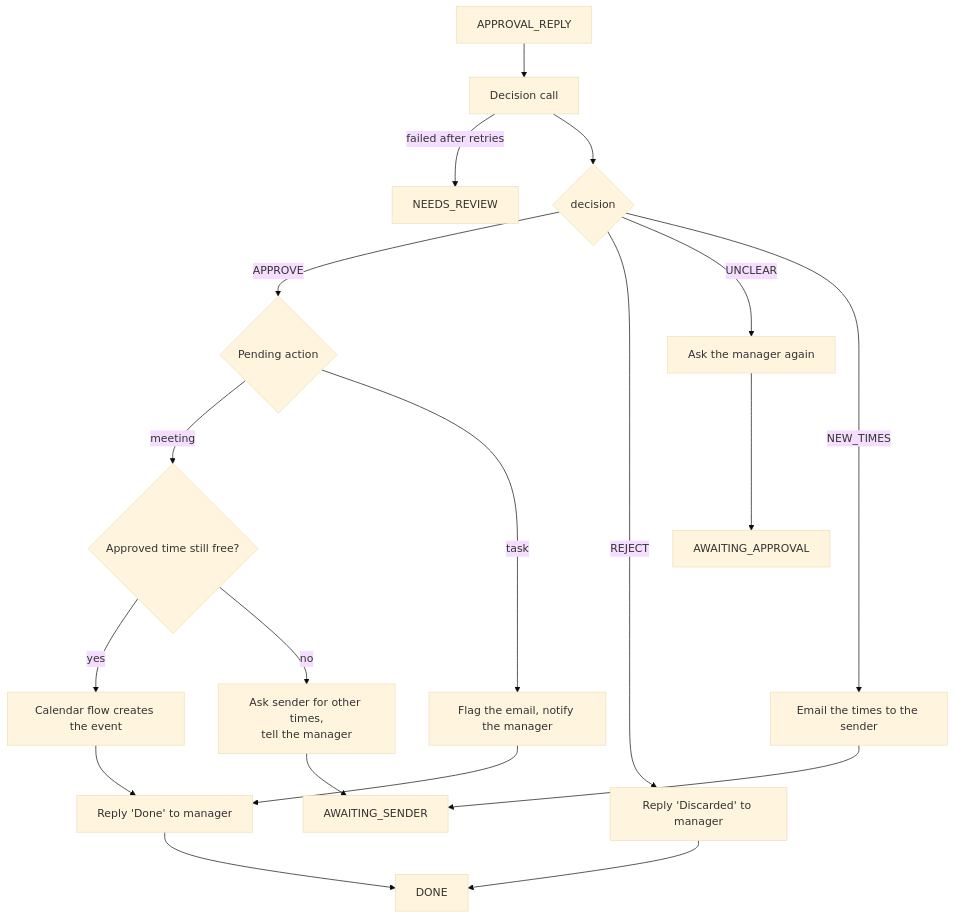
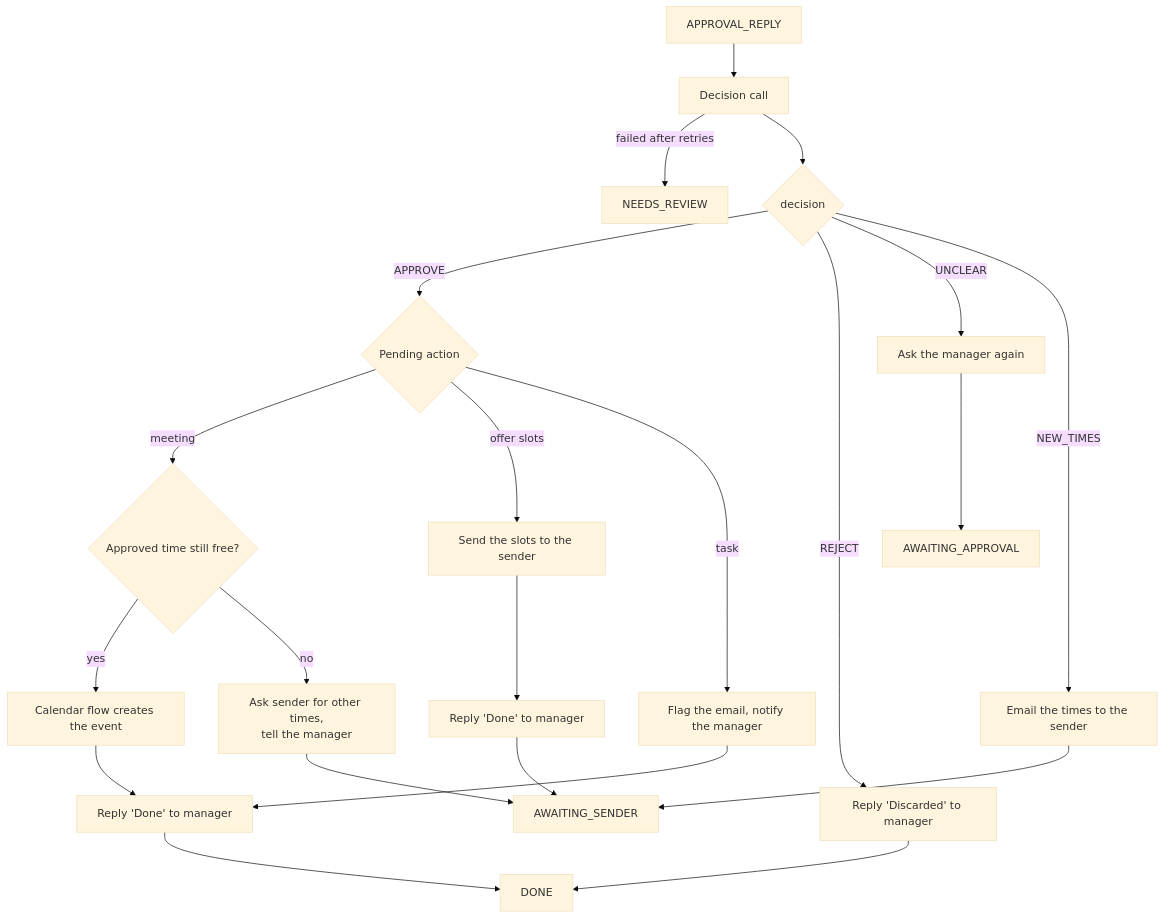
Before and after one commit to andreicaminschi/ai-email-assistant: the third of 4 diagrams in docs/approval.md, drawn with Mermaid (base theme). The commit also changed 4 other files, not shown here.

First line of the commit message:
docs: email templates, per-send rows, task and slot-offer flows

````diff
--- a/docs/approval.md
+++ b/docs/approval.md
@@ -176,21 +176,24 @@
 ```mermaid
 flowchart TD
     R[APPROVAL_REPLY] --> D[Decision call]
     D -- failed after retries --> NR[NEEDS_REVIEW]
     D --> X{decision}
     X -- APPROVE --> K{Pending action}
     K -- meeting --> FB{Approved time still free?}
     FB -- yes --> CAL[Calendar flow creates the event]
     FB -- no --> BZ[Ask sender for other times,<br/>tell the manager]
     BZ --> AS
+    K -- offer slots --> OS[Send the slots to the sender]
+    OS --> OD[Reply 'Done' to manager]
+    OD --> AS
     K -- task --> FL[Flag the email, notify the manager]
     CAL --> OK[Reply 'Done' to manager]
     FL --> OK
     OK --> DN[DONE]
     X -- REJECT --> RJ[Reply 'Discarded' to manager]
     RJ --> DN
     X -- UNCLEAR --> UC[Ask the manager again]
     UC --> AA[AWAITING_APPROVAL]
     X -- NEW_TIMES --> NT[Email the times to the sender]
     NT --> AS[AWAITING_SENDER]
 ```
````
